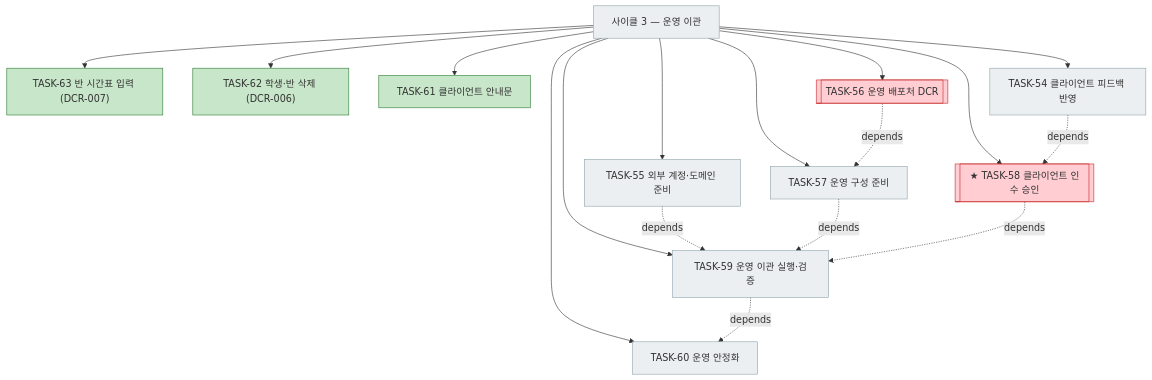
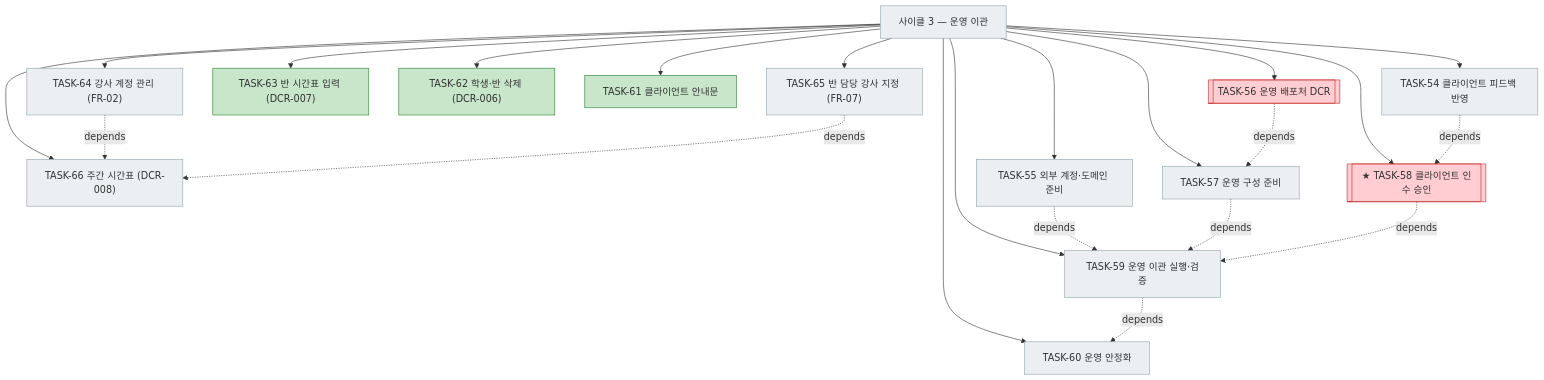
Before and after one commit to bluesky5008/mathdesk: the fourth of 5 diagrams in docs/plan.md, drawn with Mermaid. The commit also changed other lines of this file and 3 other files, not shown here.

Commit message:
docs: DCR-008 주간 시간표 — 승인 요청, 선행 TASK-64·65와 TASK-66 계획

````diff
--- a/docs/plan.md
+++ b/docs/plan.md
@@ -235,24 +238,29 @@
 ```mermaid
 flowchart TD
     C3["사이클 3 — 운영 이관"]:::todo
+    C3 --> T64["TASK-64 강사 계정 관리 (FR-02)"]:::todo
+    C3 --> T65["TASK-65 반 담당 강사 지정 (FR-07)"]:::todo
+    C3 --> T66["TASK-66 주간 시간표 (DCR-008)"]:::todo
+    T64 -. depends .-> T66
+    T65 -. depends .-> T66
     C3 --> T63["TASK-63 반 시간표 입력 (DCR-007)"]:::done
     C3 --> T62["TASK-62 학생·반 삭제 (DCR-006)"]:::done
     C3 --> T61["TASK-61 클라이언트 안내문"]:::done
     C3 --> T54["TASK-54 클라이언트 피드백 반영"]:::todo
     C3 --> T55["TASK-55 외부 계정·도메인 준비"]:::todo
     C3 --> T56[["TASK-56 운영 배포처 DCR"]]:::gate
     C3 --> T57["TASK-57 운영 구성 준비"]:::todo
     C3 --> T58[["★ TASK-58 클라이언트 인수 승인"]]:::gate
     C3 --> T59["TASK-59 운영 이관 실행·검증"]:::todo
     C3 --> T60["TASK-60 운영 안정화"]:::todo
     T56 -. depends .-> T57
     T54 -. depends .-> T58
     T55 -. depends .-> T59
     T57 -. depends .-> T59
     T58 -. depends .-> T59
     T59 -. depends .-> T60
     classDef done fill:#c8e6c9,stroke:#2e7d32
     classDef active fill:#fff9c4,stroke:#f9a825
     classDef todo fill:#eceff1,stroke:#90a4ae
     classDef gate fill:#ffcdd2,stroke:#c62828
 ```
````
